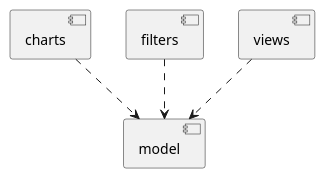
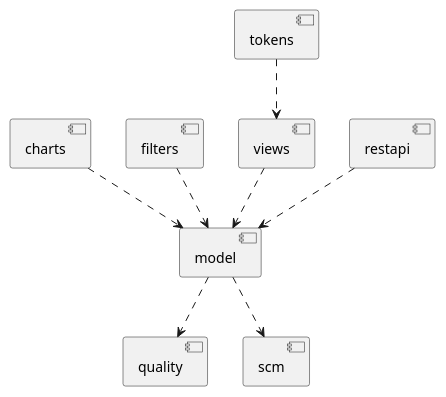
Before and after one commit to jenkinsci/warnings-ng-plugin: the diagram in doc/design.puml, drawn with PlantUML. The commit also changed 149 other files, not shown here.

```diff
--- a/doc/design.puml
+++ b/doc/design.puml
@@ -1,11 +1,23 @@
 @startuml
 
 component "charts"
 component "filters"
 component "model"
 component "views"
+component "quality"
+component "restapi"
+
+component "scm"
+component "tokens"
 
 charts ..> model
 filters ..> model
 views ..> model
+restapi ..> model
+
+model ..> scm
+model ..> quality
+
+tokens ..> views
+
 @enduml
```
